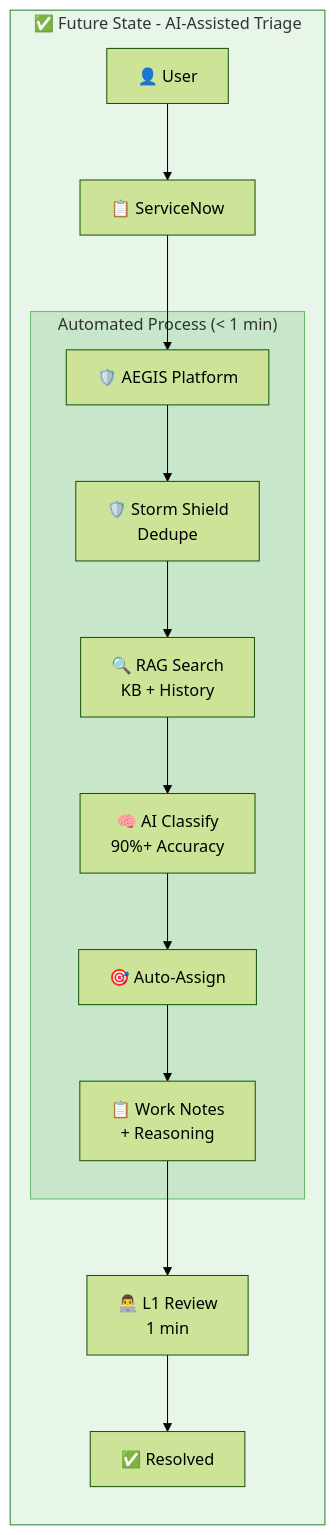
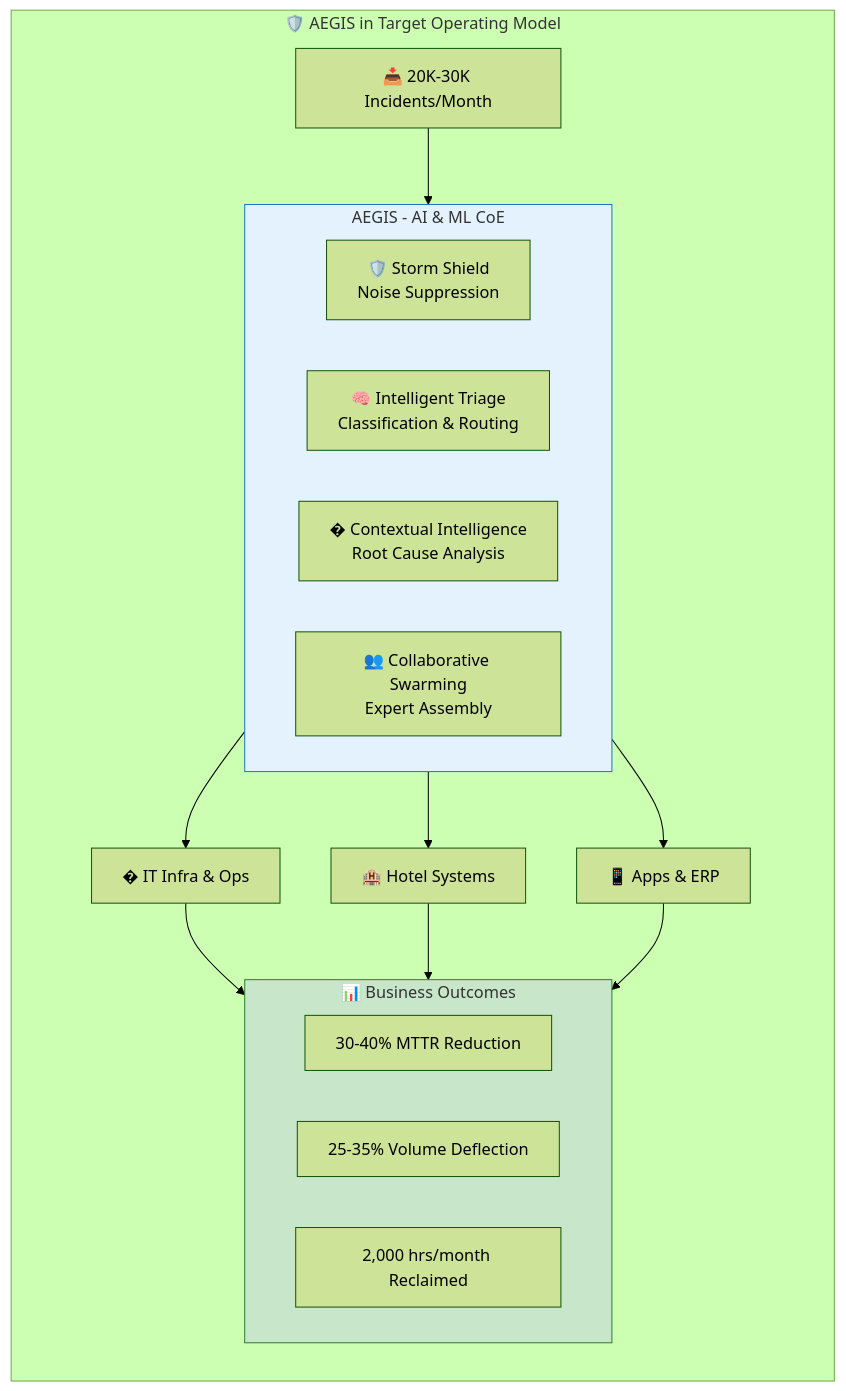
Before and after one commit to maniltns/AEGIS: the fourth of 8 diagrams in docs/executive-pack/operating-model.md, drawn with Mermaid (forest theme). The commit also changed other lines of this file, not shown here.

Commit message:
docs: Create initial AEGIS operating model document detailing current/target states, roles, and processes.

````diff
--- a/docs/executive-pack/operating-model.md
+++ b/docs/executive-pack/operating-model.md
@@ -36,22 +184,32 @@
 ```mermaid
 flowchart TB
-    subgraph FUTURE["✅ Future State - AI-Assisted Triage"]
+    subgraph AEGIS_ROLE["🛡️ AEGIS in Target Operating Model"]
         direction TB
-        U2["👤 User"] --> SN2["📋 ServiceNow"]
-        SN2 --> AEGIS["🛡️ AEGIS Platform"]
         
-        subgraph AUTO["Automated Process (< 1 min)"]
-            AEGIS --> A1["🛡️ Storm Shield<br/>Dedupe"]
-            A1 --> A2["🔍 RAG Search<br/>KB + History"]
-            A2 --> A3["🧠 AI Classify<br/>90%+ Accuracy"]
-            A3 --> A4["🎯 Auto-Assign"]
-            A4 --> A5["📋 Work Notes<br/>+ Reasoning"]
+        INPUT["📥 20K-30K Incidents/Month"] --> AEGIS
+        
+        subgraph AEGIS["AEGIS - AI & ML CoE"]
+            SS["🛡️ Storm Shield<br/>Noise Suppression"]
+            IT["🧠 Intelligent Triage<br/>Classification & Routing"]
+            CI["� Contextual Intelligence<br/>Root Cause Analysis"]
+            CS["👥 Collaborative Swarming<br/>Expert Assembly"]
         end
         
-        A5 --> L1R["👨‍💻 L1 Review<br/>1 min"]
-        L1R --> DONE["✅ Resolved"]
+        AEGIS --> INFRA2["�️ IT Infra & Ops"]
+        AEGIS --> HOTEL2["🏨 Hotel Systems"]
+        AEGIS --> APPS2["📱 Apps & ERP"]
+        
+        subgraph OUTCOMES["📊 Business Outcomes"]
+            O1["30-40% MTTR Reduction"]
+            O2["25-35% Volume Deflection"]
+            O3["2,000 hrs/month Reclaimed"]
+        end
+        
+        INFRA2 --> OUTCOMES
+        HOTEL2 --> OUTCOMES
+        APPS2 --> OUTCOMES
     end
     
-    style FUTURE fill:#e8f5e9,stroke:#2e7d32
-    style AUTO fill:#c8e6c9,stroke:#66bb6a
+    style AEGIS fill:#e3f2fd,stroke:#1976d2
+    style OUTCOMES fill:#c8e6c9,stroke:#2e7d32
 ```
````
